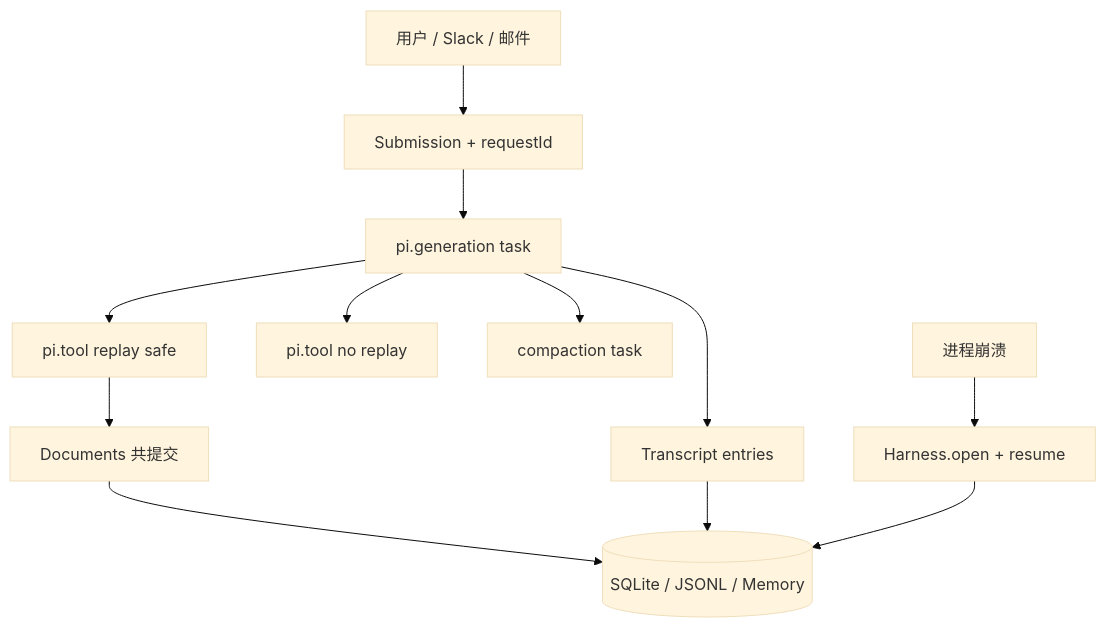
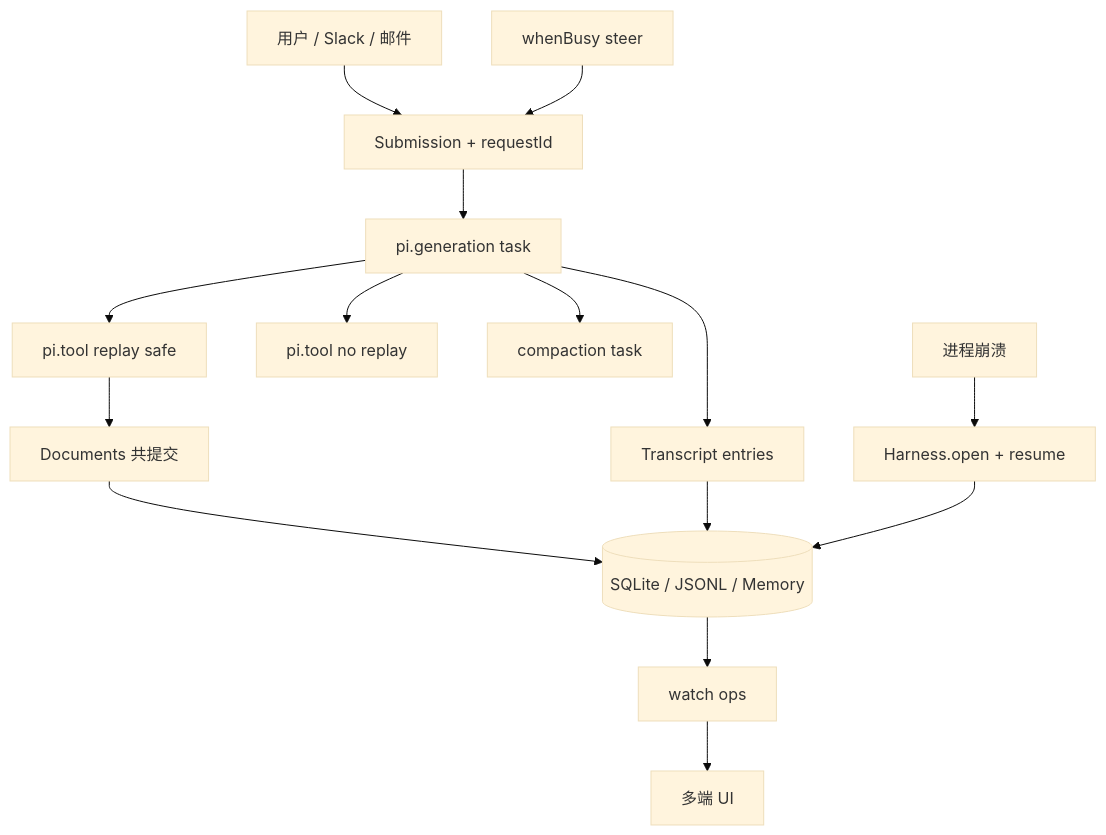
One commit to cFireworks/cfireworks.github.io changed the third of 3 diagrams in source/_posts/2026-10-03-pi-durable-office-agent-harness.md. Above: the diagram before and after it, drawn with Mermaid (base theme). The commit also changed other lines of this file, not shown here.

````diff
--- a/source/_posts/2026-10-03-pi-durable-office-agent-harness.md
+++ b/source/_posts/2026-10-03-pi-durable-office-agent-harness.md
@@ -120,14 +170,17 @@
 ```mermaid
 flowchart TB
   U[用户 / Slack / 邮件] --> S[Submission + requestId]
   S --> G[pi.generation task]
   G --> T1[pi.tool replay safe]
   G --> T2[pi.tool no replay]
   G --> C[compaction task]
   T1 --> Doc[Documents 共提交]
   G --> Tr[Transcript entries]
   Doc --> Store[(SQLite / JSONL / Memory)]
   Tr --> Store
   Crash[进程崩溃] --> Open[Harness.open + resume]
   Open --> Store
+  Steer[whenBusy steer] --> S
+  Watch[watch ops] --> UI[多端 UI]
+  Store --> Watch
 ```
````
